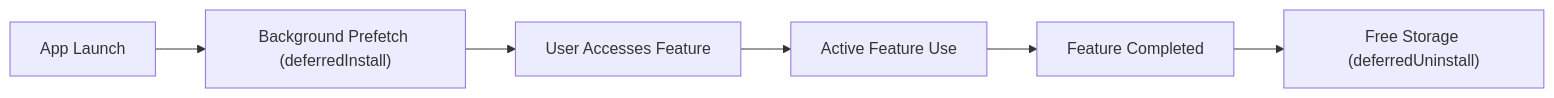
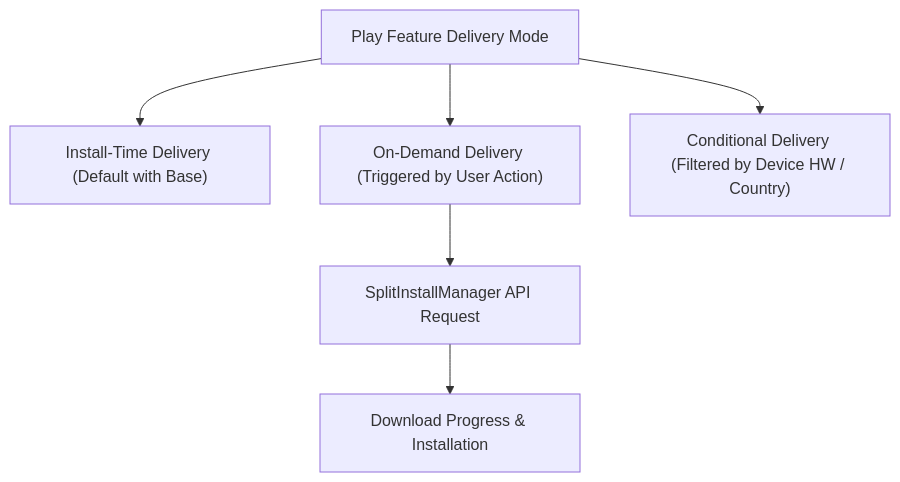
One commit to youngmin-gwon/what-i-studied changed the diagram in 01_inbox/mobile/android/03_packaging_deployment/distribution/play-delivery-contracts/play-feature-delivery-controls-dynamic-feature-install-timing.md. Above: the diagram before and after it, drawn with Mermaid. The commit also changed other lines of this file and 134 other files, not shown here.

````diff
--- a/01_inbox/mobile/android/03_packaging_deployment/distribution/play-delivery-contracts/play-feature-delivery-controls-dynamic-feature-install-timing.md
+++ b/01_inbox/mobile/android/03_packaging_deployment/distribution/play-delivery-contracts/play-feature-delivery-controls-dynamic-feature-install-timing.md
@@ -20,8 +25,9 @@
 ```mermaid
-flowchart LR
-    AppStart["App Launch"] --> Prefetch["Background Prefetch (deferredInstall)"]
-    Prefetch --> UserClick["User Accesses Feature"]
-    UserClick --> ActiveUse["Active Feature Use"]
-    ActiveUse --> Finish["Feature Completed"]
-    Finish --> DeferredDelete["Free Storage (deferredUninstall)"]
+flowchart TD
+    PFDChoice["Play Feature Delivery Mode"] --> Mode1["Install-Time Delivery (Default with Base)"]
+    PFDChoice --> Mode2["On-Demand Delivery (Triggered by User Action)"]
+    PFDChoice --> Mode3["Conditional Delivery (Filtered by Device HW / Country)"]
+    
+    Mode2 --> SplitInstall["SplitInstallManager API Request"]
+    SplitInstall --> DownloadProgress["Download Progress & Installation"]
 ```
````
